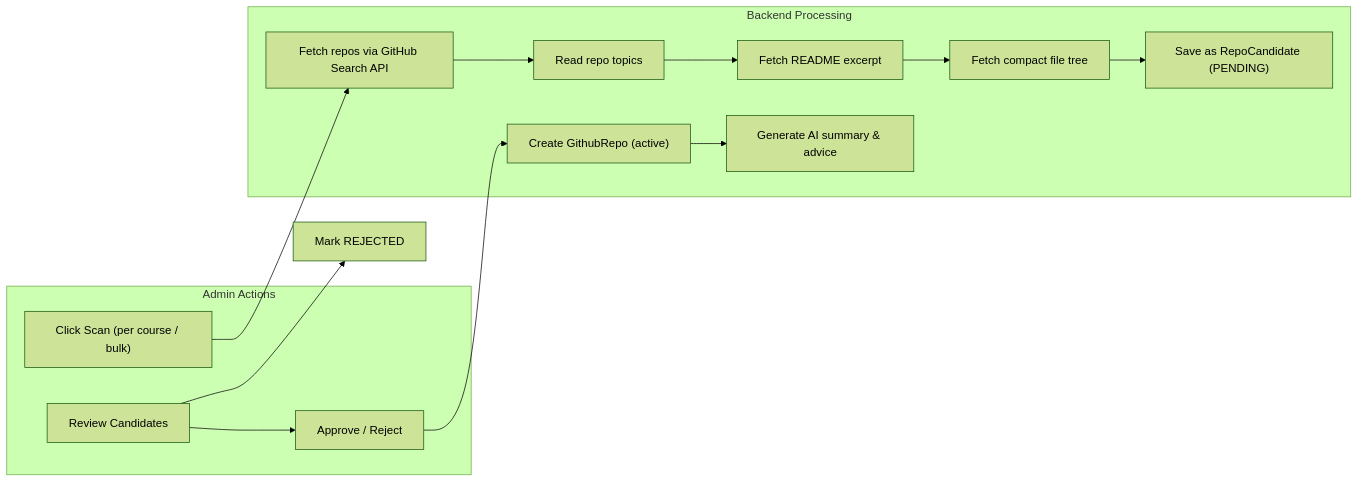
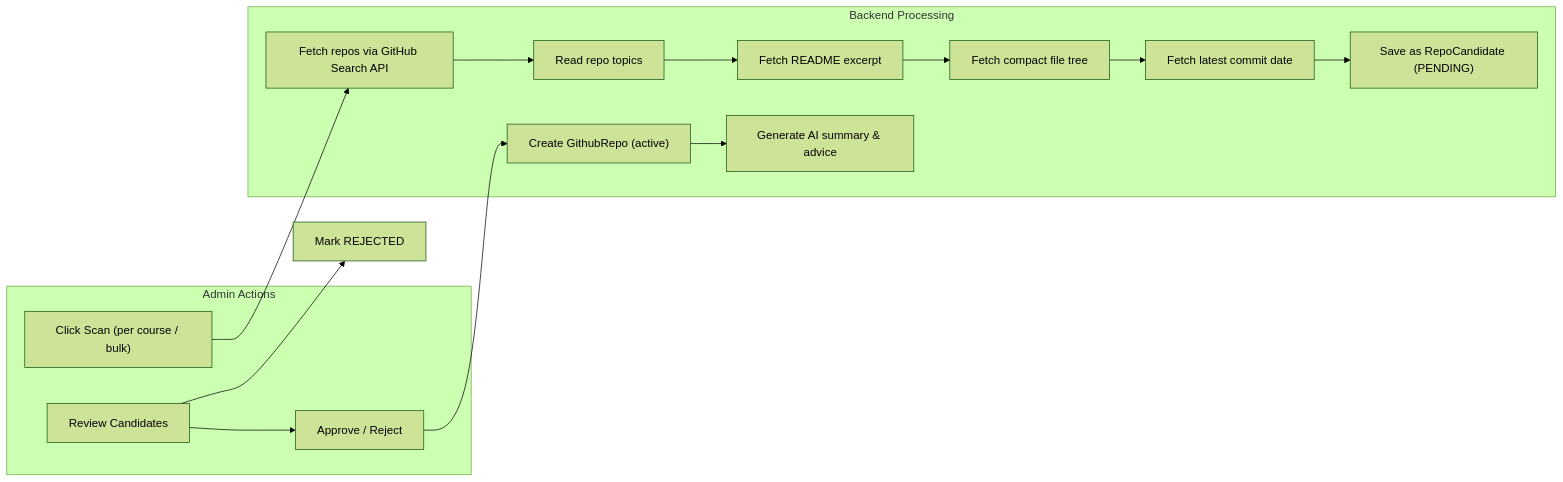
One commit to huyhoang171106/DevOrbit changed the sixth of 9 diagrams in docs/ARCHITECTURE.md. Above: the diagram before and after it, drawn with Mermaid (forest theme). The commit also changed other lines of this file and 22 other files, not shown here.

````diff
--- a/docs/ARCHITECTURE.md
+++ b/docs/ARCHITECTURE.md
@@ -342,22 +344,23 @@
 ```mermaid
 flowchart LR
   subgraph Admin Actions
     scan["Click Scan (per course / bulk)"]
     review["Review Candidates"]
     approve["Approve / Reject"]
   end
 
   subgraph Backend Processing
     fetch["Fetch repos via GitHub Search API"]
     topics["Read repo topics"]
     readme["Fetch README excerpt"]
     tree["Fetch compact file tree"]
+    activity["Fetch latest commit date"]
     save["Save as RepoCandidate (PENDING)"]
     create["Create GithubRepo (active)"]
     ai["Generate AI summary & advice"]
   end
 
-  scan --> fetch --> topics --> readme --> tree --> save
+    scan --> fetch --> topics --> readme --> tree --> activity --> save
   review --> approve --> create --> ai
   review --> reject["Mark REJECTED"]
 ```
````
